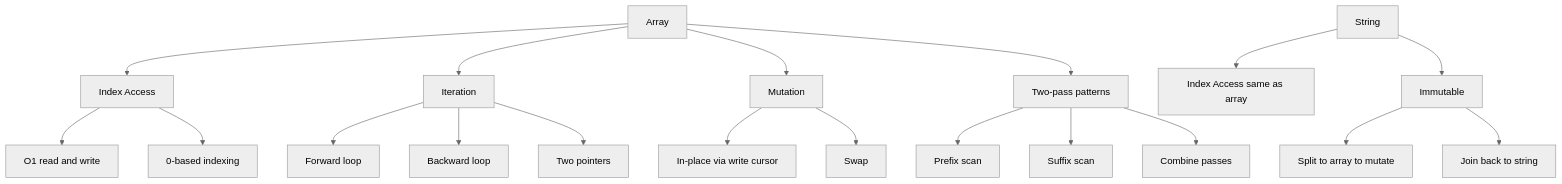
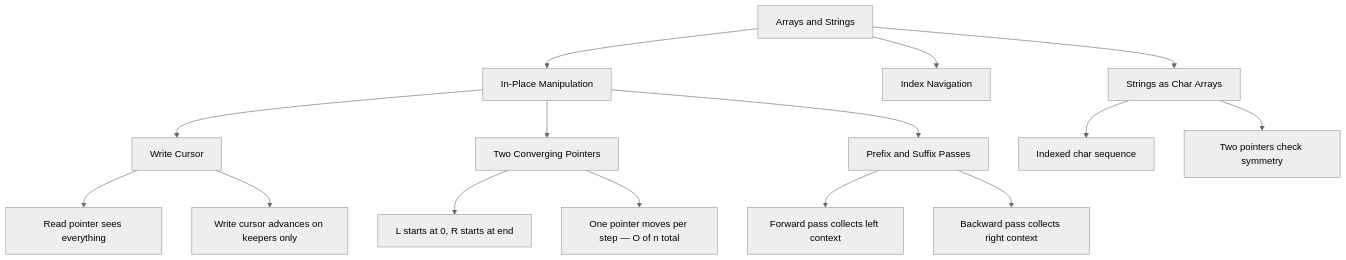
The first of 2 diagrams in app/fundamentals/arrays-strings-fundamentals.md (snesjhon/dsa-for-humans), drawn with Mermaid (neutral theme) before and after one commit. The commit also changed other lines of this file and 31 other files, not shown here.

````diff
--- a/app/fundamentals/arrays-strings-fundamentals.md
+++ b/app/fundamentals/arrays-strings-fundamentals.md
@@ -27,21 +345,17 @@
 ```mermaid
 graph TD
-    A[Array] --> B[Index Access]
-    A --> C[Iteration]
-    A --> D[Mutation]
-    B --> B1[O1 read and write]
-    B --> B2[0-based indexing]
-    C --> C1[Forward loop]
-    C --> C2[Backward loop]
-    C --> C3[Two pointers]
-    D --> D1[In-place via write cursor]
-    D --> D2[Swap]
-    S[String] --> E[Immutable]
-    S --> F[Index Access same as array]
-    E --> E1[Split to array to mutate]
-    E --> E2[Join back to string]
-    A --> G[Two-pass patterns]
-    G --> G1[Prefix scan]
-    G --> G2[Suffix scan]
-    G --> G3[Combine passes]
+    AS[Arrays and Strings] --> IP[In-Place Manipulation]
+    AS --> Idx[Index Navigation]
+    AS --> Str[Strings as Char Arrays]
+    IP --> WC[Write Cursor]
+    IP --> TP[Two Converging Pointers]
+    IP --> PS[Prefix and Suffix Passes]
+    WC --> WC1[Read pointer sees everything]
+    WC --> WC2[Write cursor advances on keepers only]
+    TP --> TP1[L starts at 0, R starts at end]
+    TP --> TP2[One pointer moves per step — O of n total]
+    PS --> PS1[Forward pass collects left context]
+    PS --> PS2[Backward pass collects right context]
+    Str --> S1[Indexed char sequence]
+    Str --> S2[Two pointers check symmetry]
 ```
````
